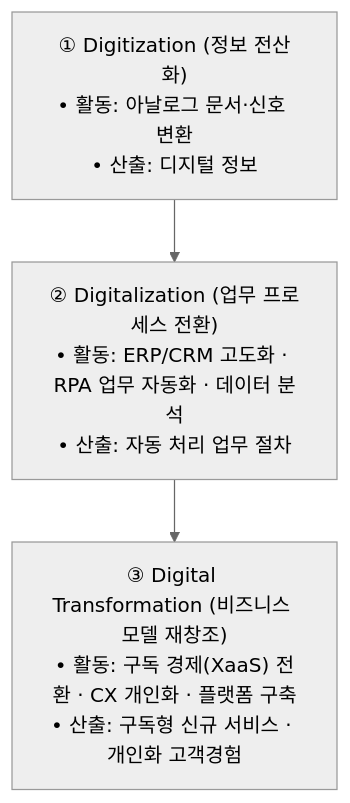
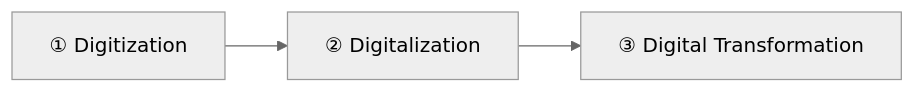
The first of 3 diagrams in src/content/docs/notes/itpe/01-it-strategy/020_digital_transformation.md (agnusdei1207/study), drawn with Mermaid (neutral theme) before and after one commit. The commit also changed other lines of this file and 19 other files, not shown here.

````diff
--- a/src/content/docs/notes/itpe/01-it-strategy/020_digital_transformation.md
+++ b/src/content/docs/notes/itpe/01-it-strategy/020_digital_transformation.md
@@ -60,8 +60,4 @@
 ```mermaid
-flowchart TD
-    S1["① Digitization (정보 전산화)<br/>• 활동: 아날로그 문서·신호 변환<br/>• 산출: 디지털 정보"]
-    S2["② Digitalization (업무 프로세스 전환)<br/>• 활동: ERP/CRM 고도화 · RPA 업무 자동화 · 데이터 분석<br/>• 산출: 자동 처리 업무 절차"]
-    S3["③ Digital Transformation (비즈니스 모델 재창조)<br/>• 활동: 구독 경제(XaaS) 전환 · CX 개인화 · 플랫폼 구축<br/>• 산출: 구독형 신규 서비스 · 개인화 고객경험"]
-
-    S1 --> S2 --> S3
+flowchart LR
+    S1["① Digitization"] --> S2["② Digitalization"] --> S3["③ Digital Transformation"]
 ```
````
